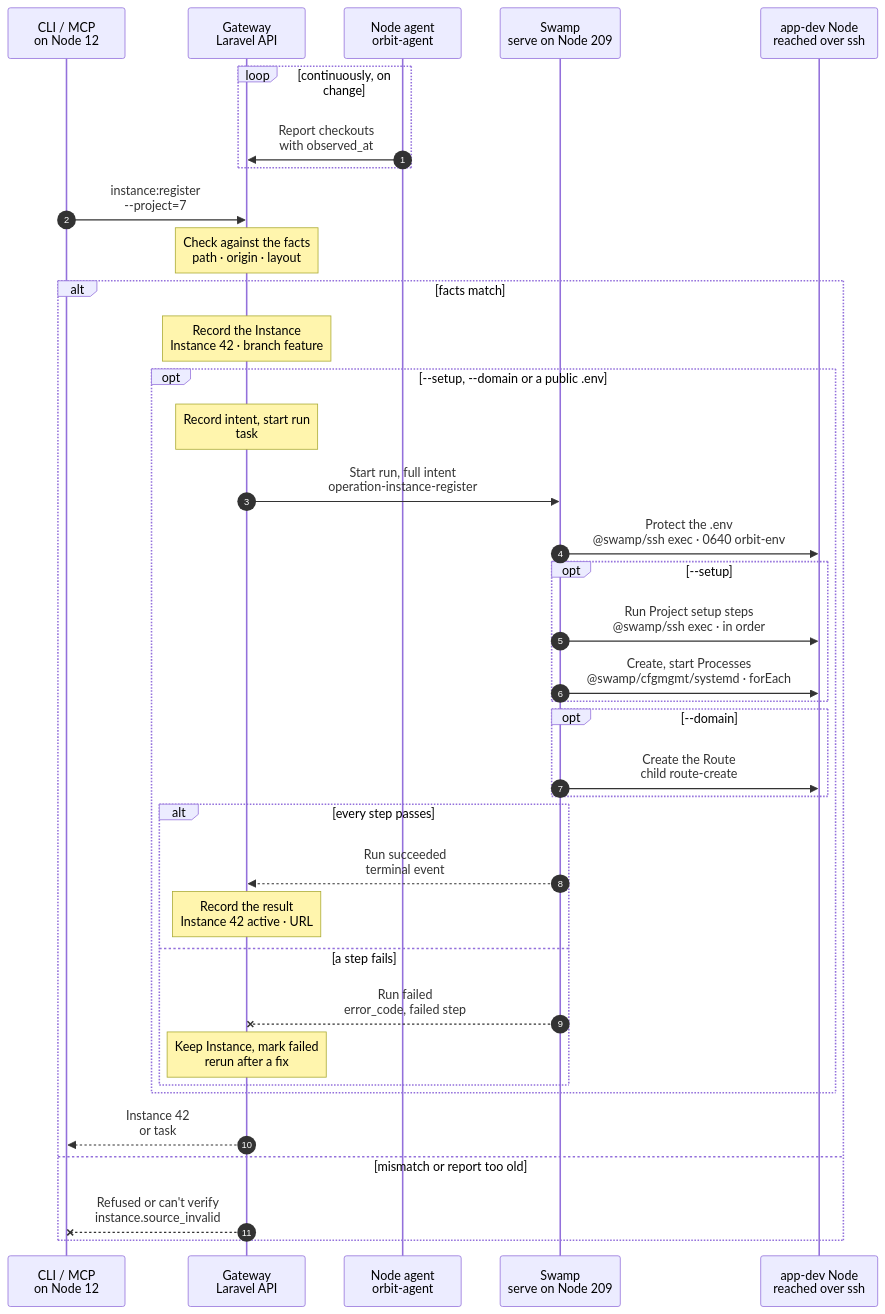
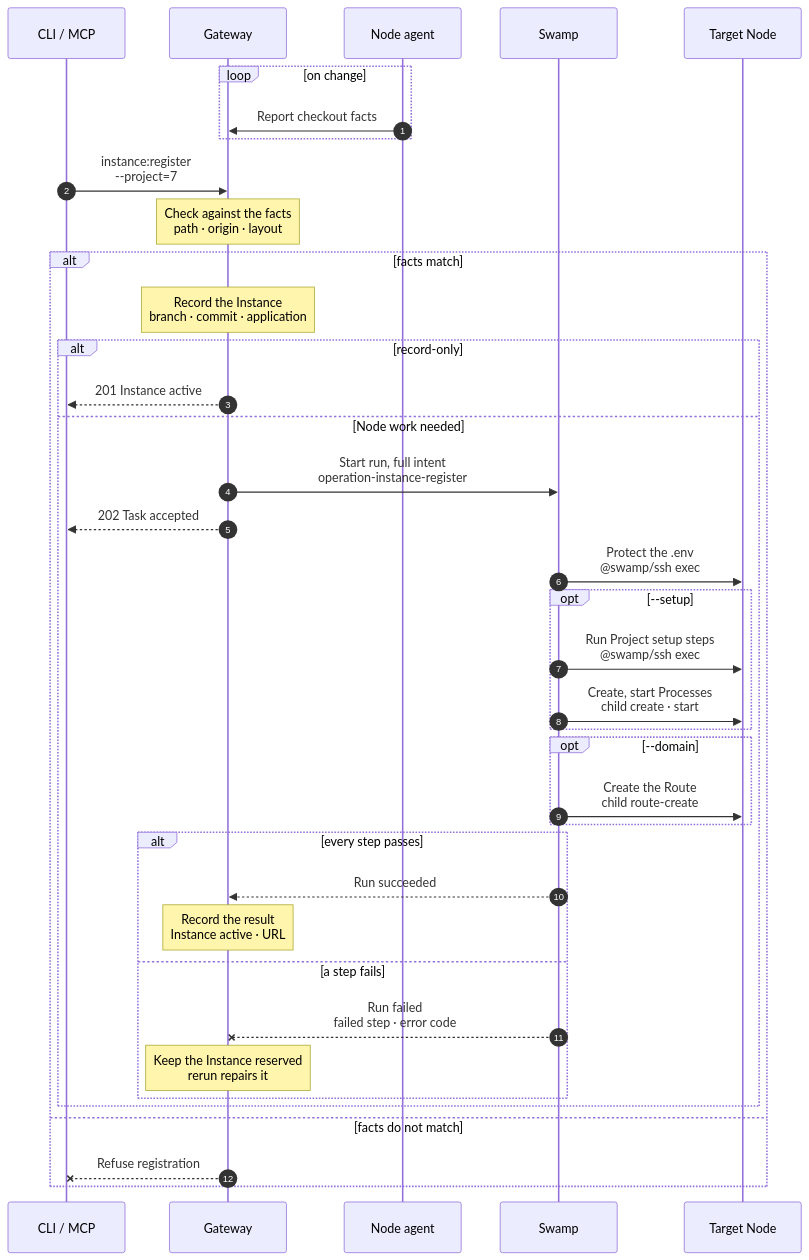
Before and after one commit to hardimpactdev/orbit: the diagram in docs/cli/instance/register.mmd, drawn with Mermaid. The commit also changed 42 other files, not shown here.

First line of the commit message:
feat(instance): create development Instances for web-serving Projects (#2489)

```diff
--- a/docs/cli/instance/register.mmd
+++ b/docs/cli/instance/register.mmd
@@ -1,92 +1,48 @@
 sequenceDiagram
-  %% Target design: rule 1 (read-only from Node agent reports, like tool.adopt), R1 record-only default, R4 Node-work branch; .env stays the user's file; Processes from Project definitions (instance.create). docs/domains/applications.md#register-an-existing-checkout.
-  %% Revised: Nick 2026-11-03. Default: check and record, no run. --setup and --domain are opt-in Node work. A linked worktree of the Project's repository is accepted. Caller-agnostic.
   %% status: reviewed
   %% command: instance:register
   %% kind: instance.register
   autonumber
   %% lane CLI icon=terminal pill=caller tone=gray
   %% lane GW icon=gateway pill=intent tone=blue
   %% lane A icon=server pill=observer tone=amber
   %% lane SW icon=workflow pill=executes tone=green
   %% lane N icon=server pill=target tone=amber
-  participant CLI as CLI / MCP<br/>on Node 12
-  participant GW as Gateway<br/>Laravel API
-  participant A as Node agent<br/>orbit-agent
-  participant SW as Swamp<br/>serve on Node 209
-  participant N as app-dev Node<br/>reached over ssh
-  loop continuously, on change
-    A->>GW: Report checkouts<br/>with observed_at
-    %%> What it observes:
-    %%> - each Git checkout under `<apps-root>/<project-slug>/<name>`: owner, layout (checkout or linked worktree), origin, branch, `HEAD` commit, dirty state
-    %%> - whether `.env` exists and who can read it; PHP version and the Laravel flag
-    %%> Runs as:
-    %%> - read-only; the Node agent never changes a Node
+  participant CLI as CLI / MCP
+  participant GW as Gateway
+  participant A as Node agent
+  participant SW as Swamp
+  participant N as Target Node
+  loop on change
+    A->>GW: Report checkout facts
   end
   CLI->>GW: instance:register<br/>--project=7
-  %%> Command:
-  %%> - `cd /fast/apps/acme/feature && orbit instance:register --project=7 --yes`; the name defaults to the directory, `feature`
-  %%> - syntax: `--project=ID [--path=PATH] [--name=NAME] [--root=PATH] [--setup] [--domain=HOST] [--yes] [--json]`
-  %%> What registering means:
-  %%> - Orbit adopts a checkout that already exists, in place; a later `instance:destroy` deletes it
-  %%> Opt-in:
-  %%> - `--setup` runs the Project setup steps and starts its Processes
-  %%> - `--domain` creates a Route
-  %%> Confirmation:
-  %%> - without `--yes`, the CLI asks for consent that names the source; `--json` needs `--yes`
   Note over GW: Check against the facts<br/>path · origin · layout
-  %%> Checks:
-  %%> - Node 12 has `app-dev`, Project 7 may be placed on it, the name is free
-  %%> - the checkout is under `/fast/apps/acme/`, owned by the Node's user, with Project 7's origin
-  %%> - a plain checkout, or a linked worktree whose shared `.git` belongs to that repository
-  %%> - with `--domain`: the domain is in Node 12's TLD and free (`route.domain_conflict`, 422)
-  %%> - the agent's report is fresh enough to trust
   alt facts match
-    Note over GW: Record the Instance<br/>Instance 42 · branch feature
-    %%> Result:
-    %%> - Instance 42 recorded with the observed branch, commit and application facts
-    %%> - Git `HEAD`, the index, dirty files and `.env` stay as they are
-    opt --setup, --domain or a public .env
-      Note over GW: Record intent, start run<br/>task #5131
-      %%> When:
-      %%> - only when the Node needs work; without it the Instance is active now and no run starts (R1)
-      %%> Inputs:
-      %%> - Node 12's address and host keys, the facts, the setup steps, the Process definitions, the Route intent
+    Note over GW: Record the Instance<br/>branch · commit · application
+    alt record-only
+      GW-->>CLI: 201 Instance active
+    else Node work needed
       GW->>SW: Start run, full intent<br/>operation-instance-register
-      SW->>N: Protect the .env<br/>@swamp/ssh exec · 0640 orbit-env
-      %%> When:
-      %%> - only when `.env` exists and others can read it
-      %%> How:
-      %%> - root runs `chgrp -h orbit-env`, which never follows a link, then the account sets mode 0640; never reads or changes the content
+      GW-->>CLI: 202 Task accepted
+      SW->>N: Protect the .env<br/>@swamp/ssh exec
+      %%> Only when an existing .env is publicly readable.
       opt --setup
-        SW->>N: Run Project setup steps<br/>@swamp/ssh exec · in order
-        %%> What it does:
-        %%> - runs the Project's setup steps in the checkout, in order, for example creating `.env`, `composer install`, `php artisan key:generate`
-        SW->>N: Create, start Processes<br/>@swamp/cfgmgmt/systemd · forEach
-        %%> What it does:
-        %%> - creates and starts the Project's development Processes, as `instance:create` does
+        SW->>N: Run Project setup steps<br/>@swamp/ssh exec
+        SW->>N: Create, start Processes<br/>child create · start
       end
       opt --domain
         SW->>N: Create the Route<br/>child route-create
-        %%> What it does:
-        %%> - the same child workflow as `route:create`: CSR on the Node, the Gateway signs it, install the certificate, publish the Caddy site, probe it over TLS
+        %%> A completed registration needs --setup to check its Processes before marking the runtime awake.
       end
       alt every step passes
-        SW-->>GW: Run succeeded<br/>terminal event
-        Note over GW: Record the result<br/>Instance 42 active · URL
+        SW-->>GW: Run succeeded
+        Note over GW: Record the result<br/>Instance active · URL
       else a step fails
-        SW--xGW: Run failed<br/>error_code, failed step
-        Note over GW: Keep Instance, mark failed<br/>rerun after a fix
-        %%> On the Node:
-        %%> - the checkout stays as it is; no rollback
+        SW--xGW: Run failed<br/>failed step · error code
+        Note over GW: Keep the Instance reserved<br/>rerun repairs it
       end
     end
-    GW-->>CLI: Instance 42<br/>or task #5131 to follow
-    %%> What you get:
-    %%> - without Node work: the Instance at once (HTTP 201)
-    %%> - with Node work: the task (HTTP 202); the CLI follows it with `operation:show` every 2 s
-  else mismatch or report too old
-    GW--xCLI: Refused or can't verify<br/>instance.source_invalid
-    %%> Result:
-    %%> - nothing is recorded; fix the source, or try again when the agent reports
+  else facts do not match
+    GW--xCLI: Refuse registration
   end
```
